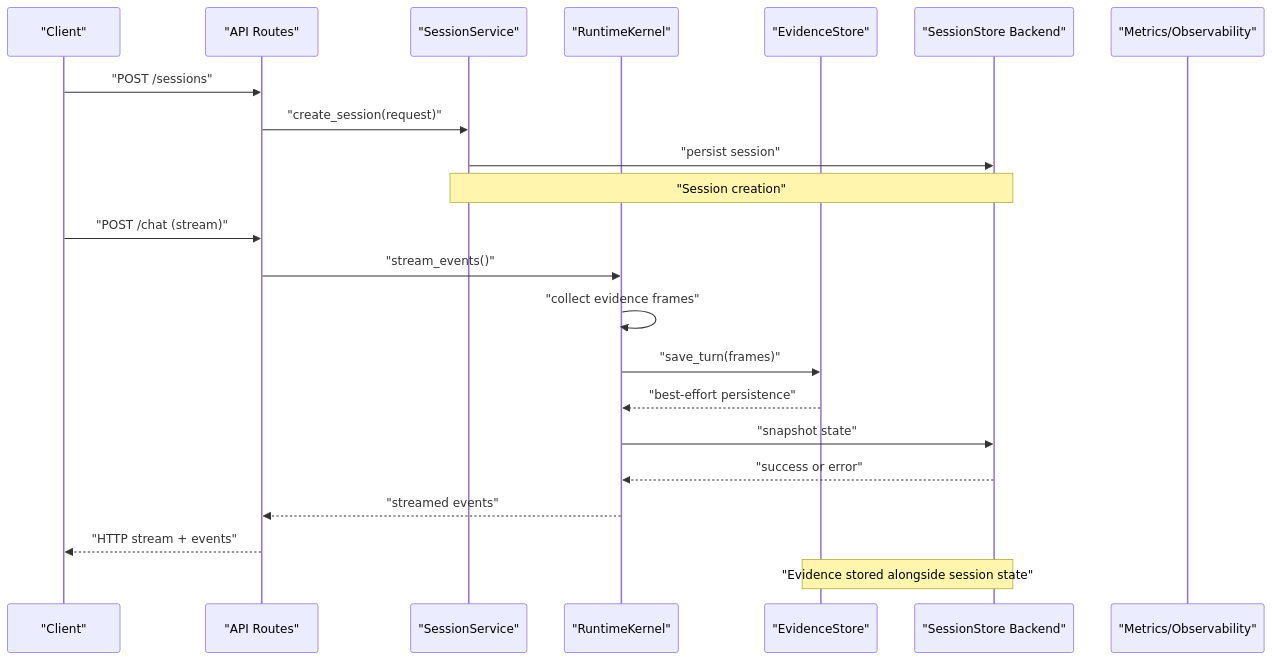
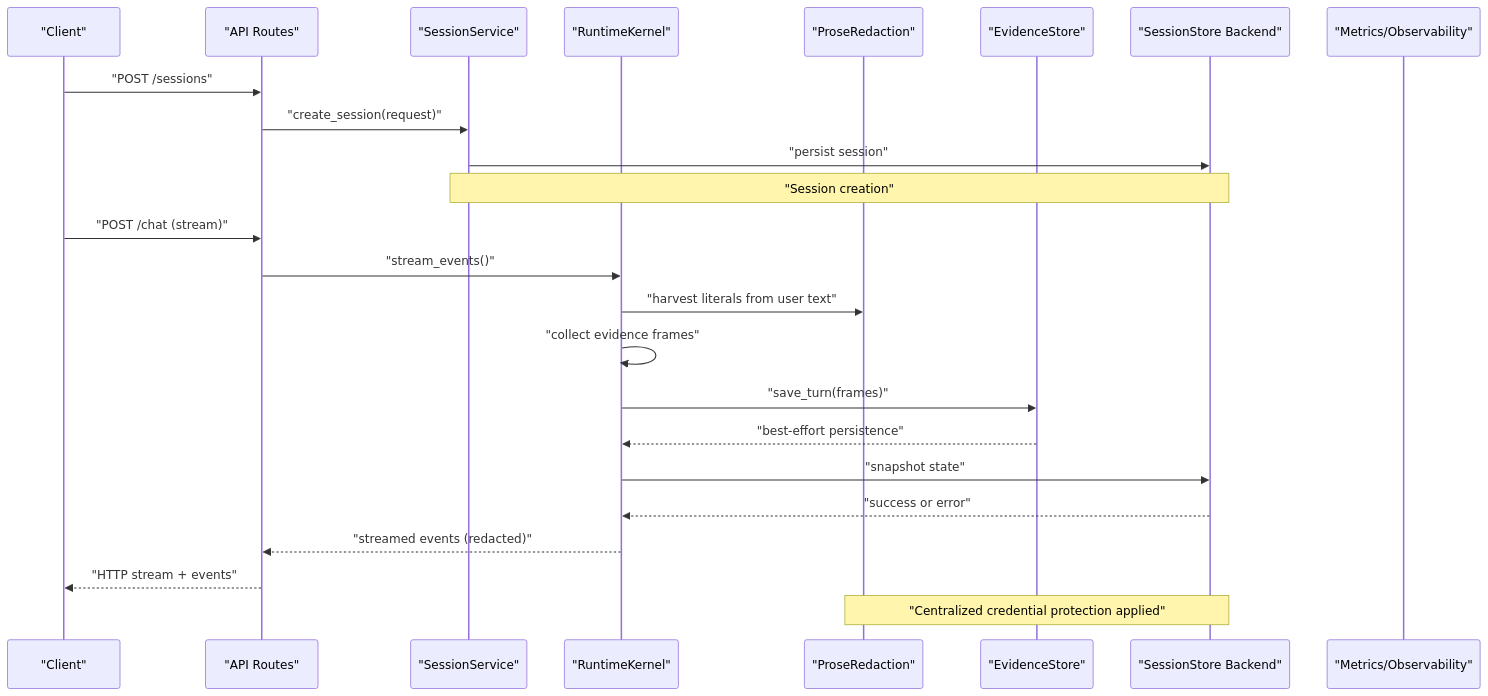
The second of 5 diagrams in .qoder/repowiki/en/content/Agent Platform Service/Session Management and State Persistence.md (metasync/luban-aiops), drawn with Mermaid before and after one commit. The commit also changed other lines of this file and 47 other files, not shown here.

````diff
--- a/.qoder/repowiki/en/content/Agent Platform Service/Session Management and State Persistence.md
+++ b/.qoder/repowiki/en/content/Agent Platform Service/Session Management and State Persistence.md
@@ -183,24 +208,26 @@
 ```mermaid
 sequenceDiagram
 participant Client as "Client"
 participant Routes as "API Routes"
 participant Service as "SessionService"
 participant Kernel as "RuntimeKernel"
+participant Redactor as "ProseRedaction"
 participant Evidence as "EvidenceStore"
 participant Store as "SessionStore Backend"
 participant Metrics as "Metrics/Observability"
 Client->>Routes : "POST /sessions"
 Routes->>Service : "create_session(request)"
 Service->>Store : "persist session"
 Note over Service,Store : "Session creation"
 Client->>Routes : "POST /chat (stream)"
 Routes->>Kernel : "stream_events()"
+Kernel->>Redactor : "harvest literals from user text"
 Kernel->>Kernel : "collect evidence frames"
 Kernel->>Evidence : "save_turn(frames)"
 Evidence-->>Kernel : "best-effort persistence"
 Kernel->>Store : "snapshot state"
 Store-->>Kernel : "success or error"
-Kernel-->>Routes : "streamed events"
+Kernel-->>Routes : "streamed events (redacted)"
 Routes-->>Client : "HTTP stream + events"
-Note over Evidence,Store : "Evidence stored alongside session state"
+Note over Redactor,Store : "Centralized credential protection applied"
 ```
````
